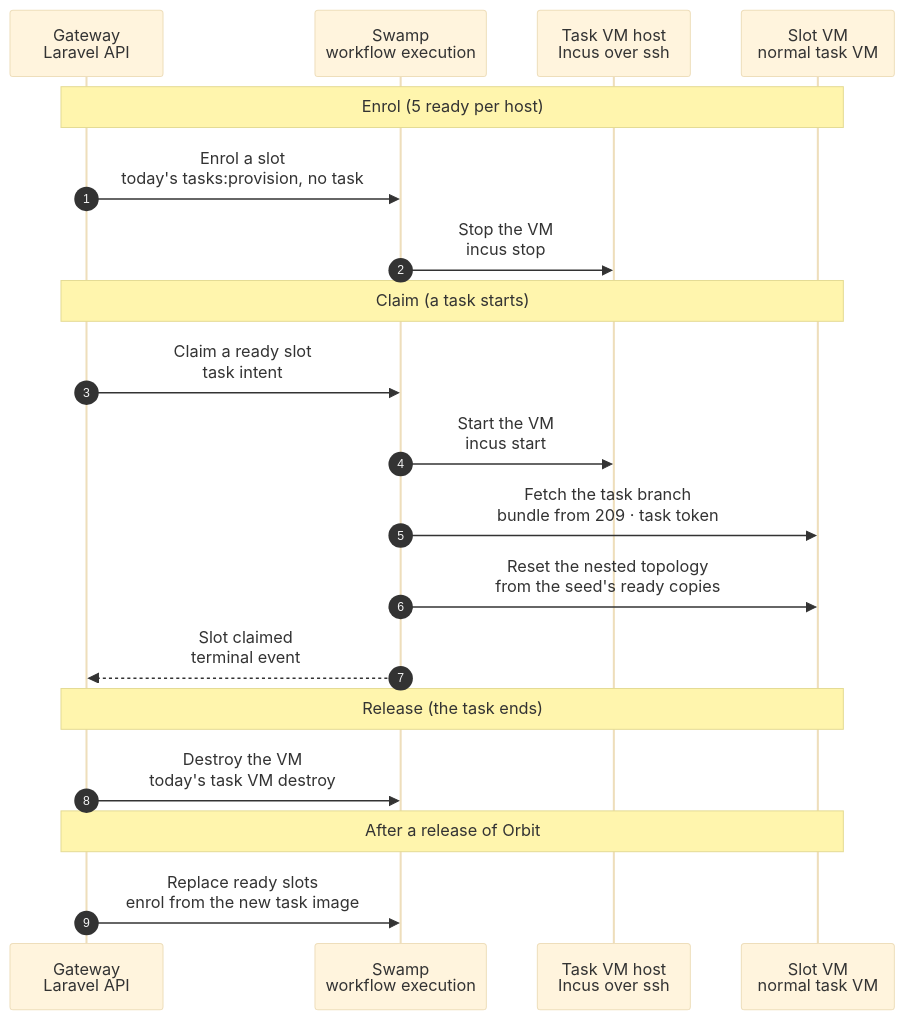
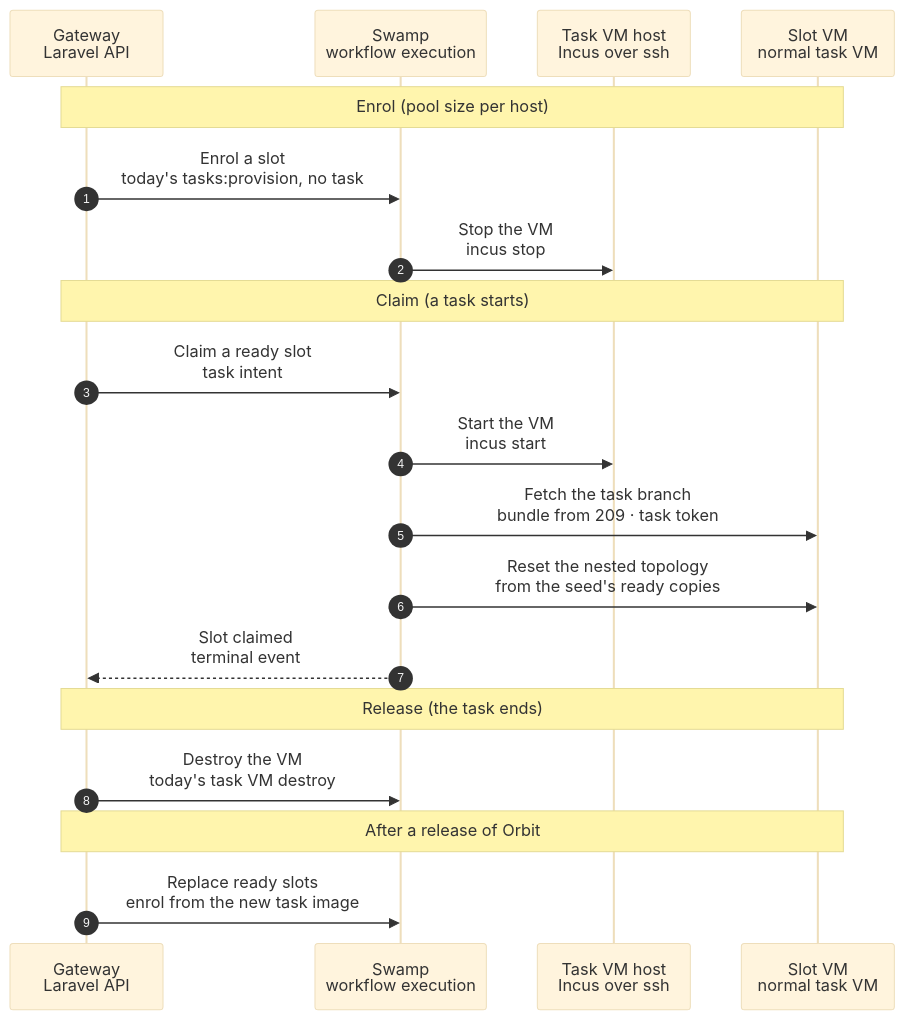
The diagram in docs/cli/tasks/vm-slots.mmd (hardimpactdev/orbit), drawn with Mermaid (base theme) before and after one commit. The commit also changed 2 other files, not shown here.

Commit message:
feat(task-vms): size a slot pool by what its host can run at once (#3006)
* feat(task-vms): size a slot pool by what its host can run at once

A pool keeps at most max_vms / slot units, and an enrol keeps room for one more VM of
the slot size; stopped slots take disk, not capacity.

* fix(task-vms): enrol into idle capacity, so a busy host still refills

---------

```diff
--- a/docs/cli/tasks/vm-slots.mmd
+++ b/docs/cli/tasks/vm-slots.mmd
@@ -1,67 +1,71 @@
 sequenceDiagram
   %% Target design: simple task VM slots (2026-11-05 redesign). A slot is a normal task VM, enrolled ahead of time by today's tasks:provision and kept stopped. Claim = start a ready one. Release = destroy it. The pool refills by enrolling a new one. No snapshots, no identity volume, no baked slot units, no new state machine.
   %% status: draft
   %% command: none · task VM slots (enrol, claim, release, refill)
   %% kind: task_vm.slots
   autonumber
   %% lane GW icon=gateway pill=intent tone=blue
   %% lane SW icon=workflow pill=executes tone=green
   %% lane H icon=server pill=target tone=amber
   %% lane VM icon=server pill=target tone=purple
   participant GW as Gateway<br/>Laravel API
   participant SW as Swamp<br/>workflow execution
   participant H as Task VM host<br/>Incus over ssh
   participant VM as Slot VM<br/>normal task VM
-  Note over GW,VM: Enrol (5 ready per host)
+  Note over GW,VM: Enrol (pool size per host)
   %%> Decided by the orchestrator, for Nick's review (2026-11-06):
   %%> - a host keeps slots only when its task VM settings name them: `task_vms.slots` = `{count, project_id, size}`, for example `{"count": 5, "project_id": 46, "size": "large"}`; without it, the host has no pool and every provision clones, as today
   %%> - a slot serves one Project and one size: the enrol converge exports that Project's checkout path to the nested network, and the claim needs that size
   %%> - the checkout path is fixed per Project on a task VM (`<apps root>/<project slug>/workspace`, as `tasks:provision` computes it today), so the enrol export and the claim's workspace name the same folder
   %%> - a slot is a task VM row with no group and with `slot_project_id` set
   %%> - a stopped slot that no group holds takes no capacity (`max_vms`), because it holds disk, not memory; an enrolling slot runs, so it takes capacity
   %%> - the pool counts the slots that are ready or enrolling
+  %%> Decided by the orchestrator, for Nick's review (2026-11-06), pool size:
+  %%> - a stopped slot holds disk (a ZFS clone), not memory, so it takes no capacity, and stopped slots never block a claim or a clone
+  %%> - a pool holds at most as many slots as the host can run at once: `max_vms` ÷ the units of the slot size (beast 6 ÷ 3 = 2 large, shark 12 ÷ 3 = 4); a larger `count` is cut to that
+  %%> - an enrol runs a VM for a few minutes, so it starts only in capacity that no task, refresh or proof uses, one at a time; a provision that arrives meanwhile waits for capacity as for any VM, at most one enrol long
   GW->>SW: Enrol a slot<br/>today's tasks:provision, no task
-  %%> Exactly today's path: clone the current task image, boot, enrol (keys, WireGuard, observer), model key, Pi. Runs in the background whenever the pool is below 5.
+  %%> Exactly today's path: clone the current task image, boot, enrol (keys, WireGuard, observer), model key, Pi. Runs in the background whenever the pool is below its size.
   %%> Decided by the orchestrator, for Nick's review (2026-11-06):
   %%> - kind `task_vm.slot_enrol`, workflow `operation-task-vm-slot-enrol`: the VM child of tasks:provision, which also attaches a clone of the host's topology seed, then "Converge once" (task VM role phases: nested Incus with the seed pool, the NFS export of the checkout path)
   %%> - no workspace, nested fleet, Route or Processes: the claim makes them for the task
   %%> - the slot gets its own Pi token and model key at enrol, as a task VM does today
   %%> - the Gateway records on the slot the digest of what a task image carries in the current release (playbooks, pins, lock files), which the converge applied
   SW->>H: Stop the VM<br/>incus stop
   %%> A stopped VM costs disk, not memory. The Gateway records it as a ready slot.
   %%> Decided by the orchestrator, for Nick's review (2026-11-06):
   %%> - the row becomes `parked` with no group, the state that a parked task VM has today; the host sweep leaves slot rows alone
   %%> - a failed enrol is destroyed at once with today's destroy; its Operation keeps the step output
   %%> - the refill of a host enrols again only when the host's last `task_vm.slot_enrol` Operation did not fail in the last 15 minutes; the Operation record is the only state
   Note over GW,VM: Claim (a task starts)
   GW->>SW: Claim a ready slot<br/>task intent
   %%> Decided by the orchestrator, for Nick's review (2026-11-06):
   %%> - `tasks:provision` admission takes the oldest ready slot whose Project and size are the group's and whose image is the host's last promoted image, on a host with capacity for it; a group with `current_recipe` takes only a slot of the current recipe
   %%> - the VM joins the group in the admission transaction; the run gets the receipt of the slot's enrol in place of the VM step's
   %%> - no ready slot: the same admission clones a new VM, exactly as today ("ready slot, else clone" of stage 2)
   %%> - the run is today's `operation-task-provision`: it starts the slot in place of creating a VM
   %%> - "Converge once" runs only when the current release's digest differs from the slot's, so a claim at the same pins skips it and a claim after a playbook change converges, as stage 2 does
   %%> - while the claim runs, the slot stays `parked` with its group; the park observer and the sweep wait for the group lock
   SW->>H: Start the VM<br/>incus start
   %%> Seconds: the VM is already enrolled.
   %%> Decided by the orchestrator, for Nick's review (2026-11-06): two pinned host steps, `incus start` and `incus wait … agent`, as in today's resume; the access of Node 209 is unchanged since the enrol, so no SSH converge runs
   SW->>VM: Fetch the task branch<br/>bundle from 209 · task token
   %%> Decided by the orchestrator, for Nick's review (2026-11-06): today's workspace child, unchanged: Node 209 clones with the task token and the VM imports the bundle, then the Project setup steps run. Another lane makes this step fast; the claim measures it on its own, and the claim is correct with or without that change.
   SW->>VM: Reset the nested topology<br/>from the seed's ready copies
   %%> Only for tasks that need the topology.
   %%> The seed clone was attached at enrol; it is the host's seed of the slot's image, because the stage 6 refresh promotes the image and its seed together and replaces older slots.
   SW-->>GW: Slot claimed<br/>terminal event
   %%> Decided by the orchestrator, for Nick's review: today's provision projection; the claimed VM is `ready` and belongs to the group, and the Gateway runs the refill rule.
   Note over GW,VM: Release (the task ends)
   GW->>SW: Destroy the VM<br/>today's task VM destroy
   %%> Exactly today's destroy. The Gateway then enrols a new slot to refill the pool.
   %%> Decided by the orchestrator, for Nick's review (2026-11-06): one refill rule per host, run after every enrol, claim, destroy, image promotion and settings change.
   %%> - it does nothing while a slot of the host enrols or is destroyed
   %%> - else it enrols one slot when the pool is below `count`
   %%> - else it destroys one stale slot
   Note over GW,VM: After a release of Orbit
   GW->>SW: Replace ready slots<br/>enrol from the new task image
   %%> Ready slots made from the old image are destroyed and enrolled again, one at a time, so a slot is always ready.
   %%> Decided by the orchestrator, for Nick's review (2026-11-06):
   %%> - a slot is stale when its image is not the host's last promoted image, or when it was enrolled more than 20 hours ago, the age at which ready copies of its seed expire; a stale slot is never claimed
   %%> - the refill rule destroys one stale slot, and the end of that destroy enrols its replacement
```
